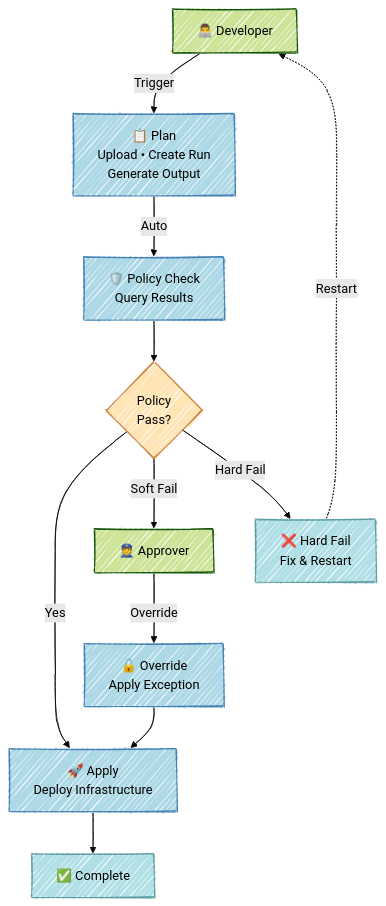
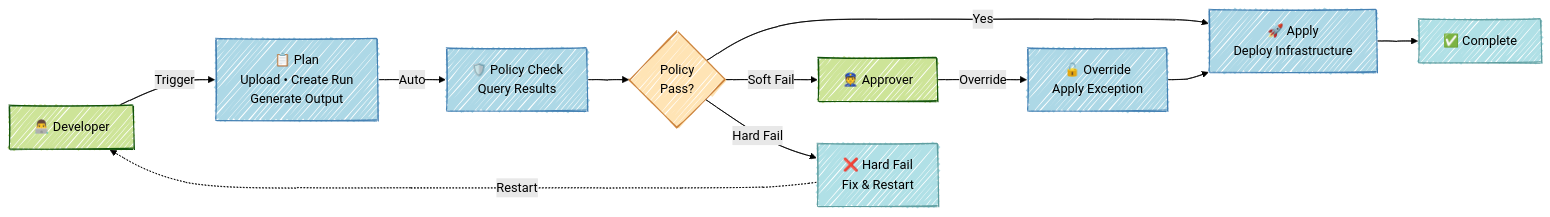
The diagram in README.md (hashi-demo-lab/it-ops-api-automation), drawn with Mermaid before and after one commit. The commit also changed 1 other file, not shown here.

Commit message:
Update README.md to introduce three-phase workflow architecture for Terraform Cloud API-driven deployments

````diff
--- a/README.md
+++ b/README.md
@@ -18,39 +18,39 @@
 ```mermaid
 ---
 config:
   look: handDrawn
   theme: forest
 ---
-graph TB
+graph LR
     Dev["👨‍💻 Developer"]
     Approver["👮 Approver"]
     
     Plan["📋 Plan<br/>Upload • Create Run<br/>Generate Output"]
     PolicyCheck["🛡️ Policy Check<br/>Query Results"]
     Decision{Policy<br/>Pass?}
     Override["🔓 Override<br/>Apply Exception"]
     Apply["🚀 Apply<br/>Deploy Infrastructure"]
     Success["✅ Complete"]
     HardFail["❌ Hard Fail<br/>Fix & Restart"]
     
     Dev -->|Trigger| Plan
     Plan -->|Auto| PolicyCheck
     PolicyCheck --> Decision
     
     Decision -->|Yes| Apply
     Decision -->|Soft Fail| Approver
     Decision -->|Hard Fail| HardFail
     
     Approver -->|Override| Override
     Override --> Apply
     Apply --> Success
     HardFail -.->|Restart| Dev
     
     classDef action fill:#ADD8E6,stroke:#4682B4,color:#000
     classDef decision fill:#FFE4B5,stroke:#CD853F,color:#000
     classDef terminal fill:#B0E0E6,stroke:#5F9EA0,color:#000
     
     class Plan,PolicyCheck,Override,Apply action
     class Decision decision
     class Success,HardFail terminal
 ```
````
